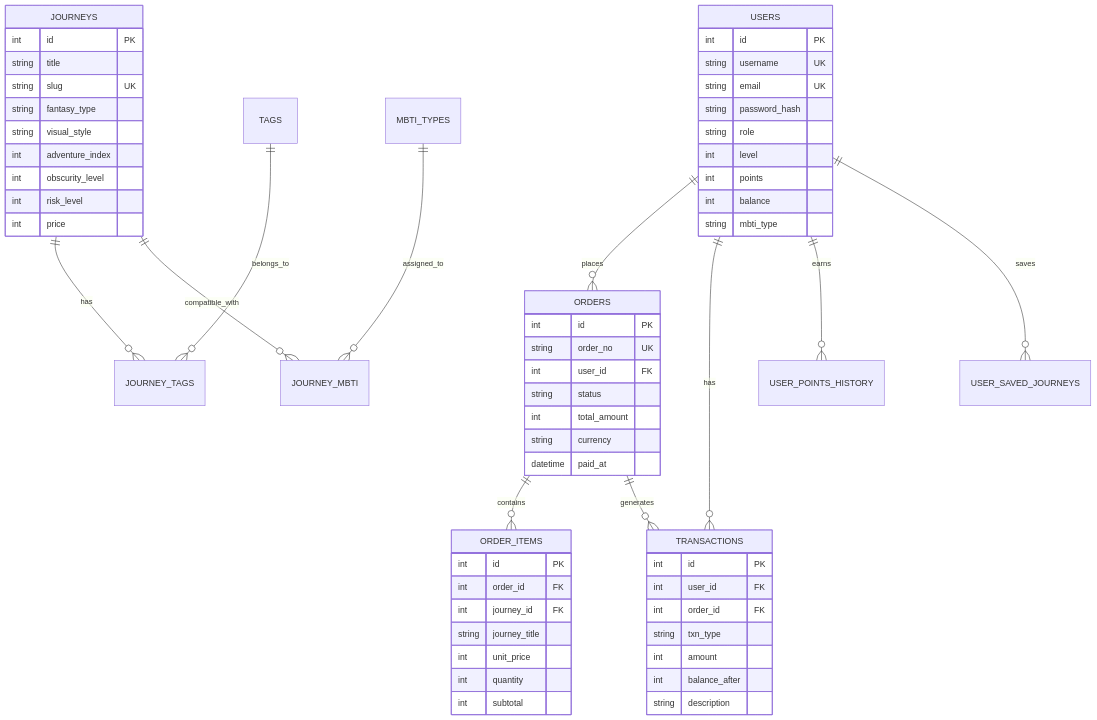
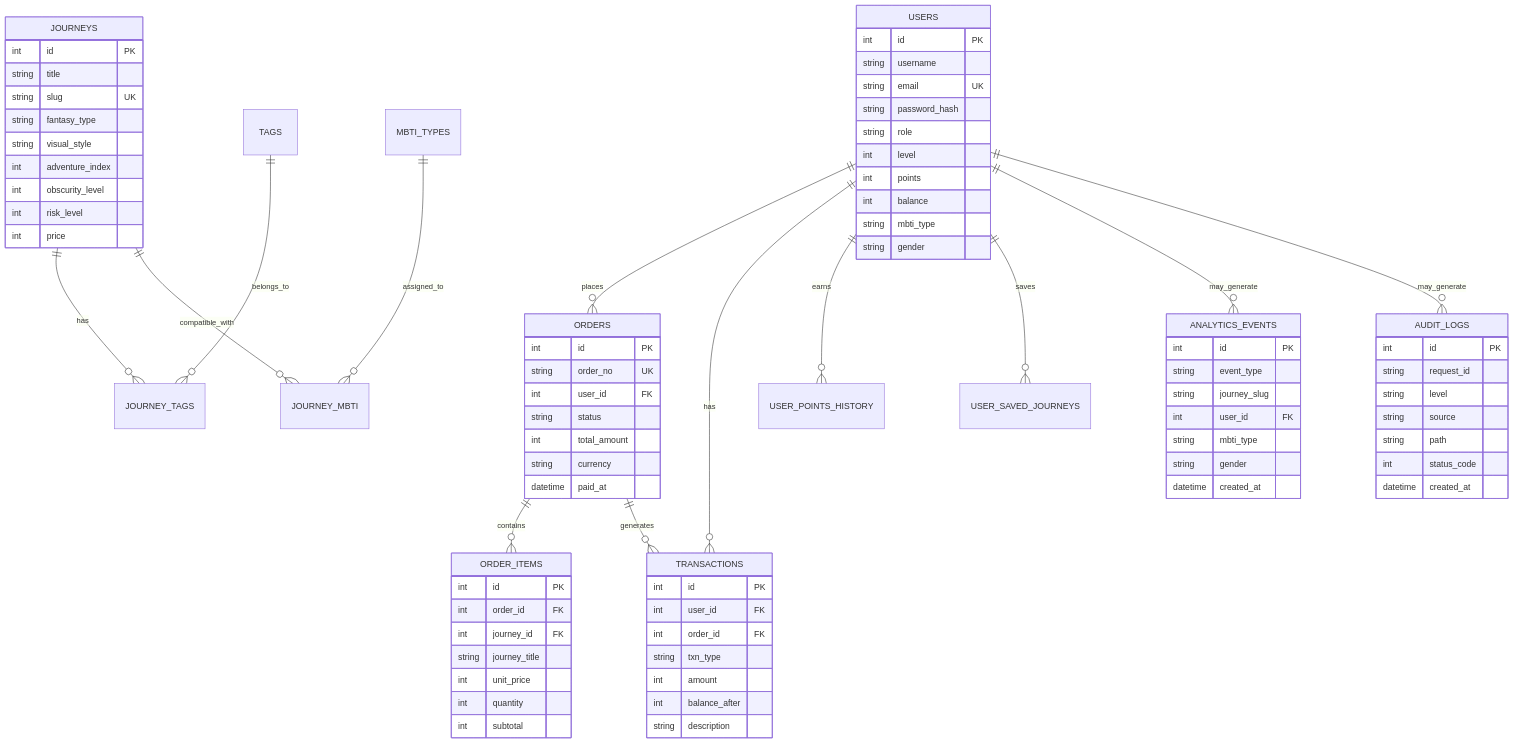
One commit to LibertychaserUS/100-journeys changed the diagram in README.md. Above: the diagram before and after it, drawn with Mermaid. The commit also changed other lines of this file and 16 other files, not shown here.

````diff
--- a/README.md
+++ b/README.md
@@ -136,7 +149,7 @@
 
     USERS {
         int id PK
-        string username UK
+        string username
         string email UK
         string password_hash
         string role
@@ -144,6 +157,7 @@
         int points
         int balance
         string mbti_type
+        string gender
     }
 
     ORDERS {
@@ -175,4 +189,27 @@
         int balance_after
         string description
     }
+
+    USERS ||--o{ ANALYTICS_EVENTS : may_generate
+    USERS ||--o{ AUDIT_LOGS : may_generate
+
+    ANALYTICS_EVENTS {
+        int id PK
+        string event_type
+        string journey_slug
+        int user_id FK
+        string mbti_type
+        string gender
+        datetime created_at
+    }
+
+    AUDIT_LOGS {
+        int id PK
+        string request_id
+        string level
+        string source
+        string path
+        int status_code
+        datetime created_at
+    }
 ```
````
